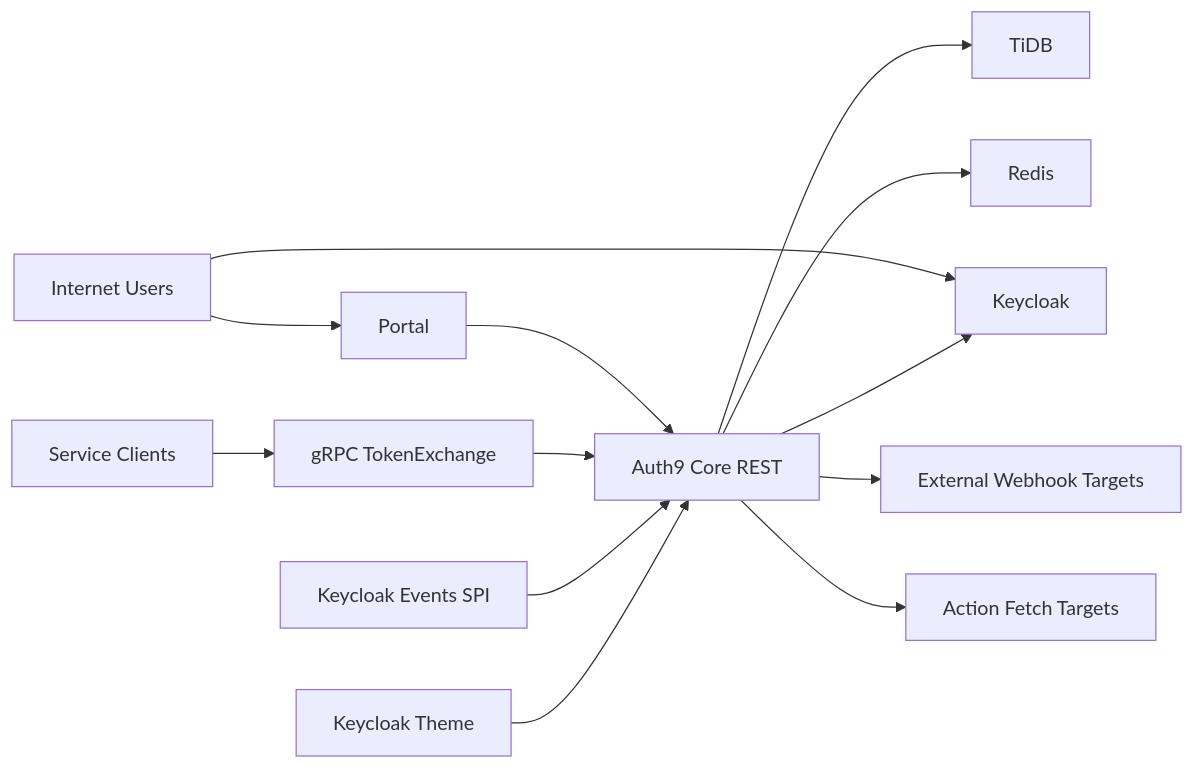
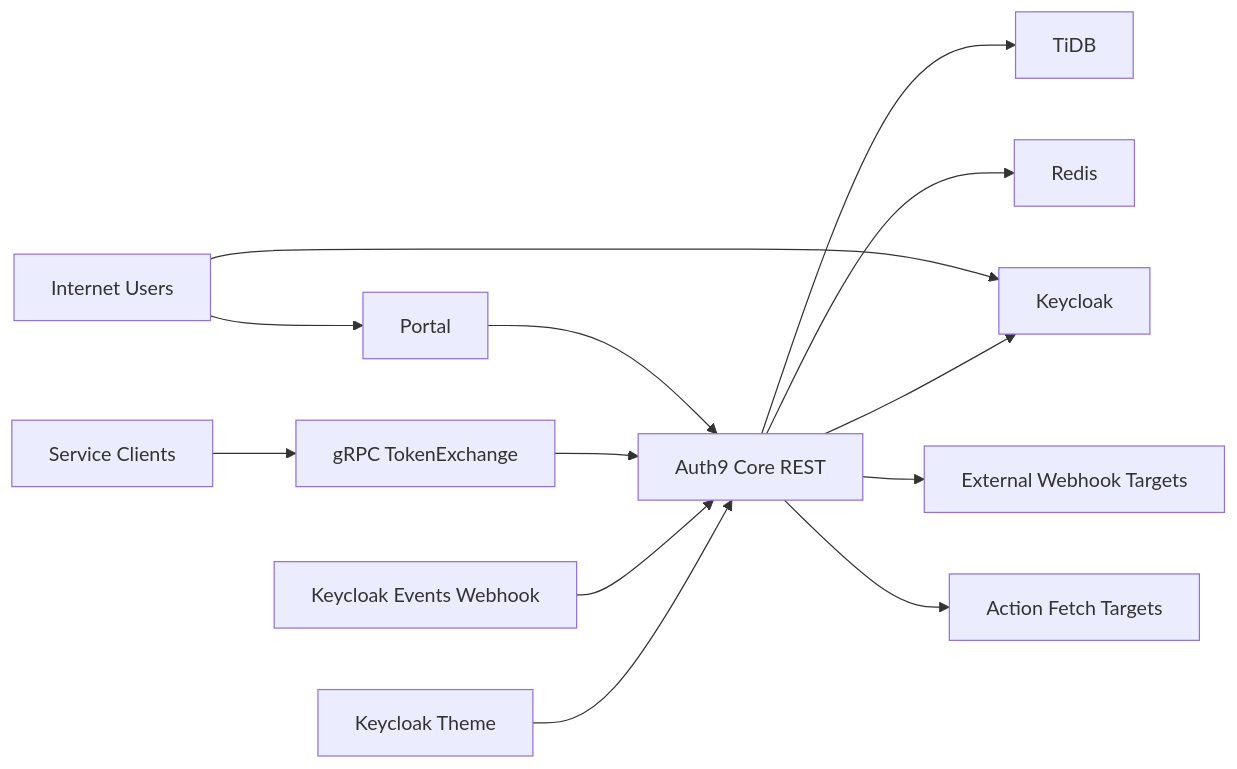
One commit to gpgkd906/auth9 changed the diagram in auth9-threat-model.md. Above: the diagram before and after it, drawn with Mermaid. The commit also changed other lines of this file and 8 other files, not shown here.

````diff
--- a/auth9-threat-model.md
+++ b/auth9-threat-model.md
@@ -66,15 +64,15 @@
 ```mermaid
 flowchart LR
   U[Internet Users] --> P[Portal]
   U --> K[Keycloak]
   P --> C[Auth9 Core REST]
   S[Service Clients] --> G[gRPC TokenExchange]
   G --> C
   C --> D[TiDB]
   C --> R[Redis]
   C --> K
-  E[Keycloak Events SPI] --> C
+  E[Keycloak Events Webhook] --> C
   C --> X[External Webhook Targets]
   C --> A[Action Fetch Targets]
   T[Keycloak Theme] --> C
 ```
````
